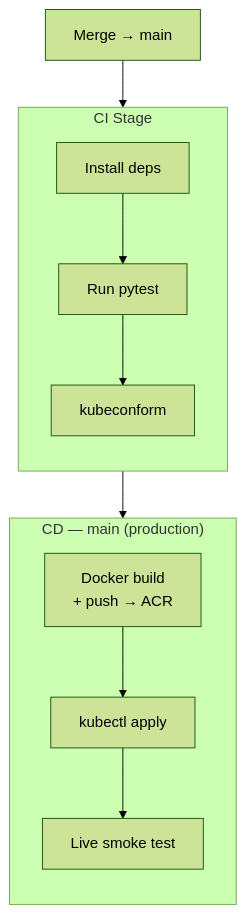
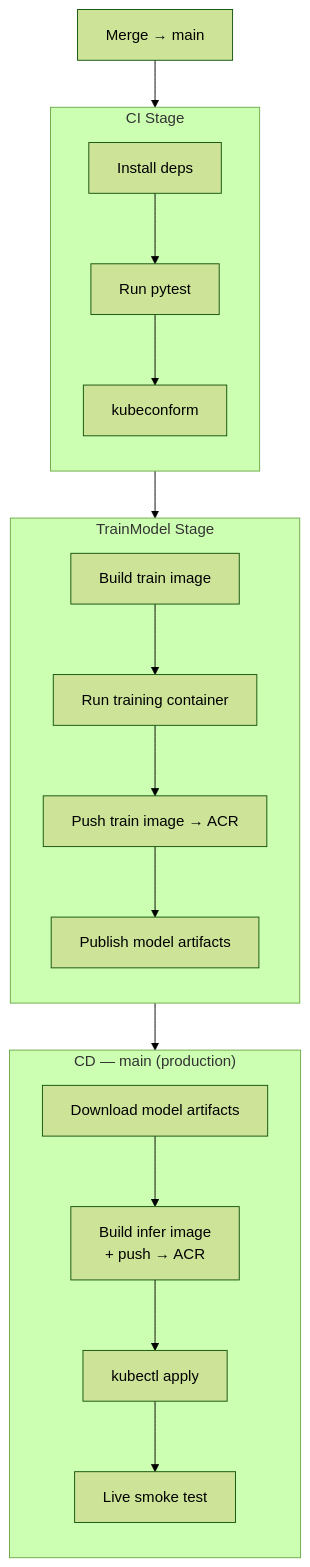
Before and after one commit to Annemarie-Bester/marketing-model-mlops-azure: the third of 5 diagrams in docs/ci-cd-pipeline.md, drawn with Mermaid (forest theme). The commit also changed other lines of this file and 16 other files, not shown here.

````diff
--- a/docs/ci-cd-pipeline.md
+++ b/docs/ci-cd-pipeline.md
@@ -59,22 +71,32 @@
 ```mermaid
 flowchart TD
     MAIN_MERGE["Merge → main"] --> CI_MAIN
 
     subgraph CI_MAIN["CI Stage"]
         direction TB
         M_INSTALL["Install deps"]
         M_TEST["Run pytest"]
         M_K8S["kubeconform"]
         M_INSTALL --> M_TEST --> M_K8S
     end
 
+    subgraph TRAIN_MAIN["TrainModel Stage"]
+        direction TB
+        MT_BUILD["Build train image"]
+        MT_RUN["Run training container"]
+        MT_PUSH["Push train image → ACR"]
+        MT_PUB["Publish model artifacts"]
+        MT_BUILD --> MT_RUN --> MT_PUSH --> MT_PUB
+    end
+
     subgraph CD_MAIN["CD — main (production)"]
         direction TB
-        MAIN_BUILD["Docker build\n+ push → ACR"]
+        MAIN_DL["Download model artifacts"]
+        MAIN_BUILD["Build infer image\n+ push → ACR"]
         MAIN_DEPLOY["kubectl apply"]
         MAIN_SMOKE["Live smoke test"]
-        MAIN_BUILD --> MAIN_DEPLOY --> MAIN_SMOKE
+        MAIN_DL --> MAIN_BUILD --> MAIN_DEPLOY --> MAIN_SMOKE
     end
 
-    CI_MAIN --> CD_MAIN
+    CI_MAIN --> TRAIN_MAIN --> CD_MAIN
 ```
````
